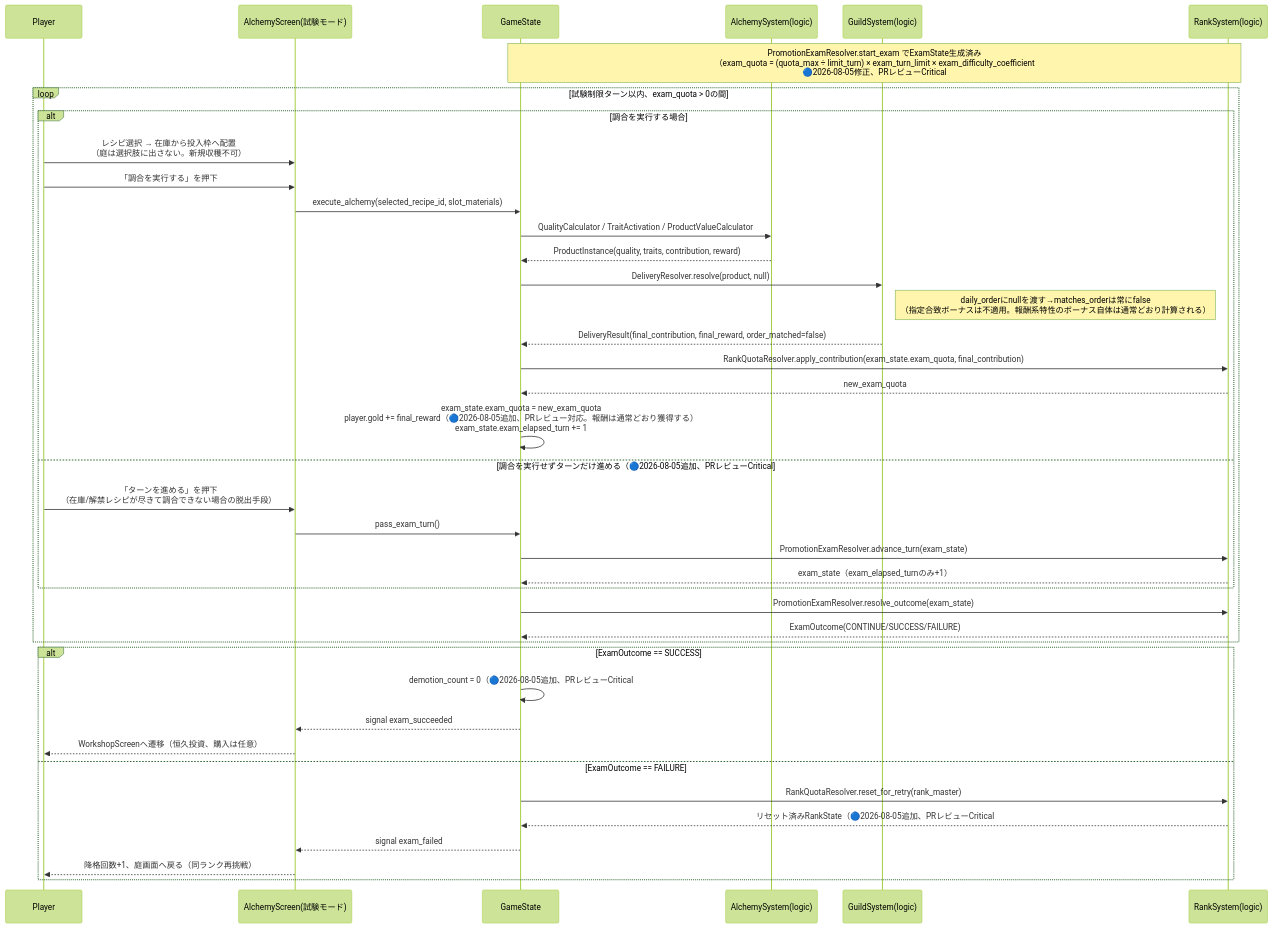
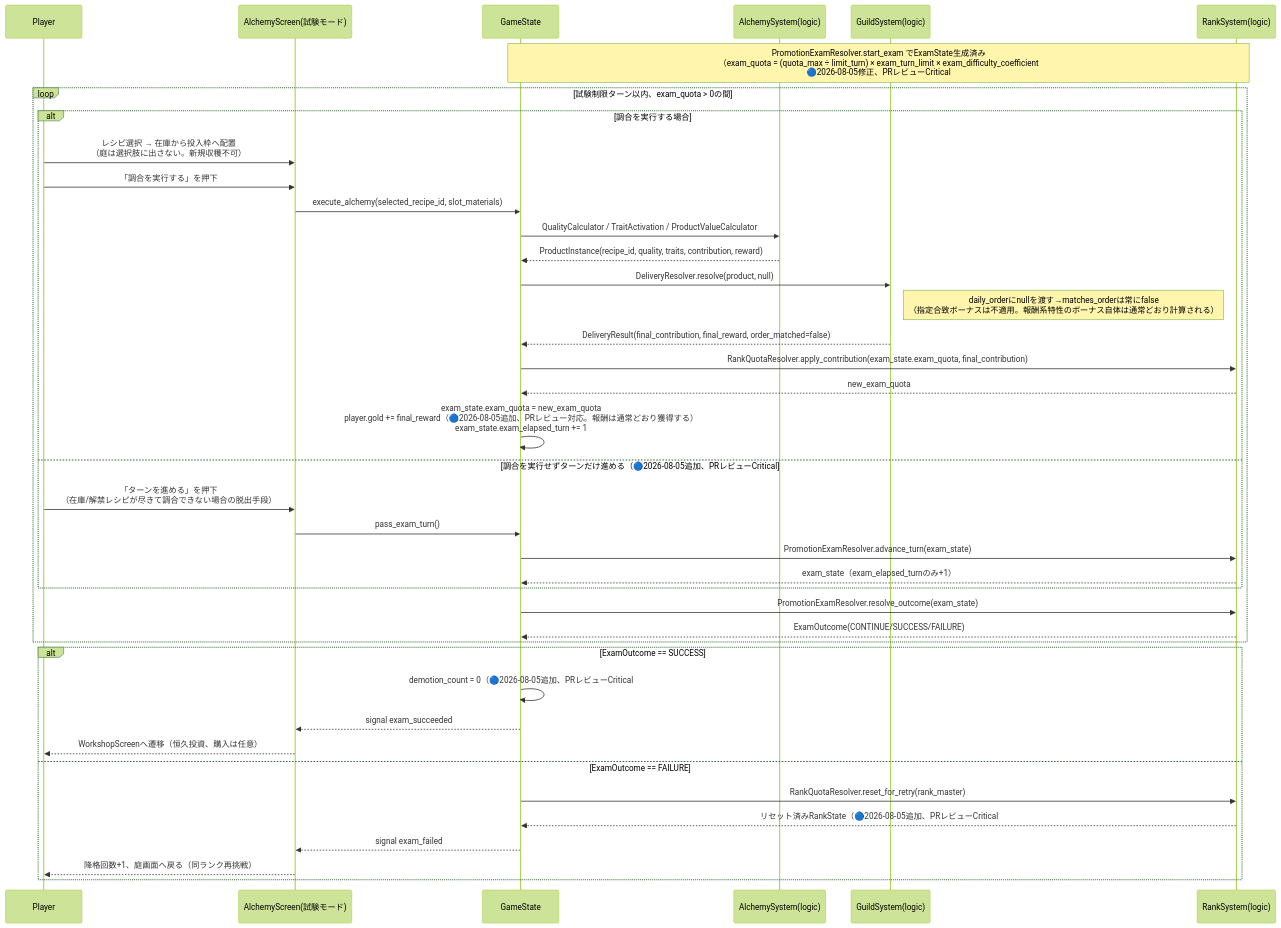
The fourth of 5 diagrams in docs/design/atelier-alchemy-core/dataflow.md (yaguma/alchemy-atelier), drawn with Mermaid (forest theme) before and after one commit. The commit also changed other lines of this file and 2 other files, not shown here.

First line of the commit message:
docs: 設計文書の実装ブロッカー5件を修正（種インベントリ/ProductInstance/触媒生成/特性封印/庭スロット権威）

````diff
--- a/docs/design/atelier-alchemy-core/dataflow.md
+++ b/docs/design/atelier-alchemy-core/dataflow.md
@@ -150,50 +153,50 @@
 ```mermaid
 sequenceDiagram
     participant Player
     participant AlchemyUI as AlchemyScreen(試験モード)
     participant GameState
     participant AlchemyLogic as AlchemySystem(logic)
     participant GuildLogic as GuildSystem(logic)
     participant RankLogic as RankSystem(logic)
 
     Note over GameState,RankLogic: PromotionExamResolver.start_exam でExamState生成済み<br/>（exam_quota = (quota_max ÷ limit_turn) × exam_turn_limit × exam_difficulty_coefficient<br/>🔵2026-08-05修正、PRレビューCritical#5対応。旧式「quota_max×倍率」は成立しなかったため撤回）
 
     loop 試験制限ターン以内、exam_quota > 0の間
         alt 調合を実行する場合
             Player->>AlchemyUI: レシピ選択 → 在庫から投入枠へ配置<br/>（庭は選択肢に出さない。新規収穫不可）
             Player->>AlchemyUI: 「調合を実行する」を押下
             AlchemyUI->>GameState: execute_alchemy(selected_recipe_id, slot_materials)
 
             GameState->>AlchemyLogic: QualityCalculator / TraitActivation / ProductValueCalculator
-            AlchemyLogic-->>GameState: ProductInstance(quality, traits, contribution, reward)
+            AlchemyLogic-->>GameState: ProductInstance(recipe_id, quality, traits, contribution, reward)
 
             GameState->>GuildLogic: DeliveryResolver.resolve(product, null)
             Note right of GuildLogic: daily_orderにnullを渡す→matches_orderは常にfalse<br/>（指定合致ボーナスは不適用。報酬系特性のボーナス自体は通常どおり計算される）
             GuildLogic-->>GameState: DeliveryResult(final_contribution, final_reward, order_matched=false)
 
             GameState->>RankLogic: RankQuotaResolver.apply_contribution(exam_state.exam_quota, final_contribution)
             RankLogic-->>GameState: new_exam_quota
 
             GameState->>GameState: exam_state.exam_quota = new_exam_quota<br/>player.gold += final_reward（🔵2026-08-05追加、PRレビュー対応。報酬は通常どおり獲得する）<br/>exam_state.exam_elapsed_turn += 1
         else 調合を実行せずターンだけ進める（🔵2026-08-05追加、PRレビューCritical#10対応）
             Player->>AlchemyUI: 「ターンを進める」を押下<br/>（在庫/解禁レシピが尽きて調合できない場合の脱出手段）
             AlchemyUI->>GameState: pass_exam_turn()
             GameState->>RankLogic: PromotionExamResolver.advance_turn(exam_state)
             RankLogic-->>GameState: exam_state（exam_elapsed_turnのみ+1）
         end
 
         GameState->>RankLogic: PromotionExamResolver.resolve_outcome(exam_state)
         RankLogic-->>GameState: ExamOutcome(CONTINUE/SUCCESS/FAILURE)
     end
 
     alt ExamOutcome == SUCCESS
         GameState->>GameState: demotion_count = 0（🔵2026-08-05追加、PRレビューCritical#3対応）
         GameState-->>AlchemyUI: signal exam_succeeded
         AlchemyUI-->>Player: WorkshopScreenへ遷移（恒久投資、購入は任意）
     else ExamOutcome == FAILURE
         GameState->>RankLogic: RankQuotaResolver.reset_for_retry(rank_master)
         RankLogic-->>GameState: リセット済みRankState（🔵2026-08-05追加、PRレビューCritical#3対応）
         GameState-->>AlchemyUI: signal exam_failed
         AlchemyUI-->>Player: 降格回数+1、庭画面へ戻る（同ランク再挑戦）
     end
 ```
````
